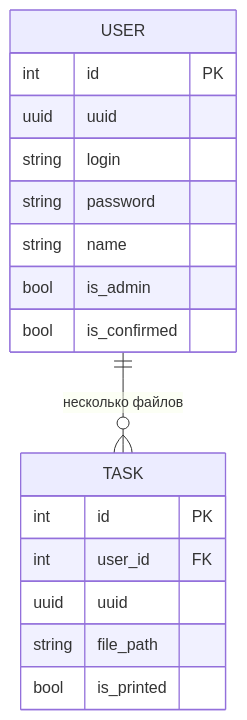
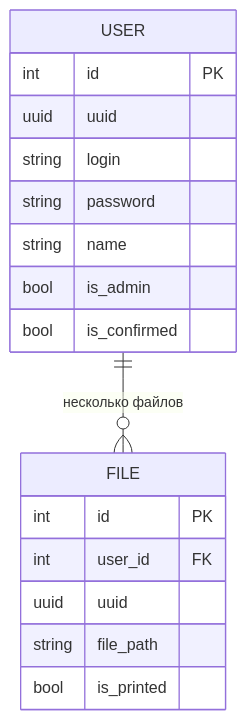
The diagram in README.md (krup4/57project), drawn with Mermaid before and after one commit.

````diff
--- a/README.md
+++ b/README.md
@@ -41,23 +41,23 @@
 ```mermaid
 erDiagram
 
-    USER ||--O{ TASK : "несколько файлов"
+    USER ||--O{ FILE : "несколько файлов"
 
     USER {
         int id PK
         uuid uuid
         string login
         string password
         string name
         bool is_admin
         bool is_confirmed
     }
 
-    TASK {
+    FILE {
         int id PK
         int user_id FK
         uuid uuid
         string file_path
         bool is_printed
     }
 ```
````
